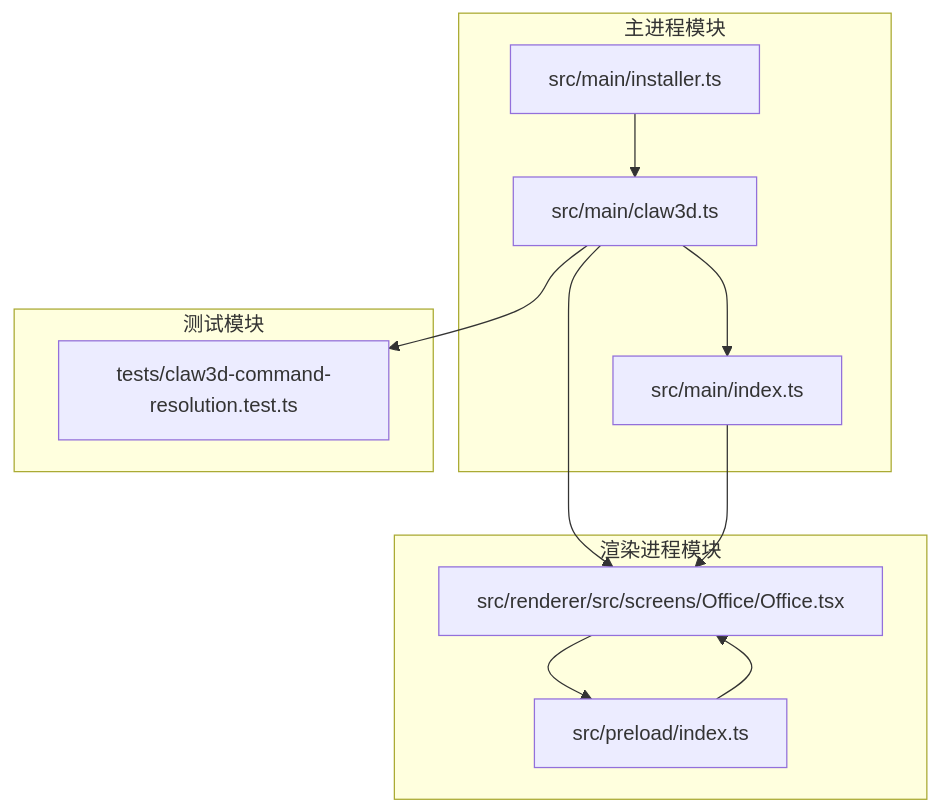
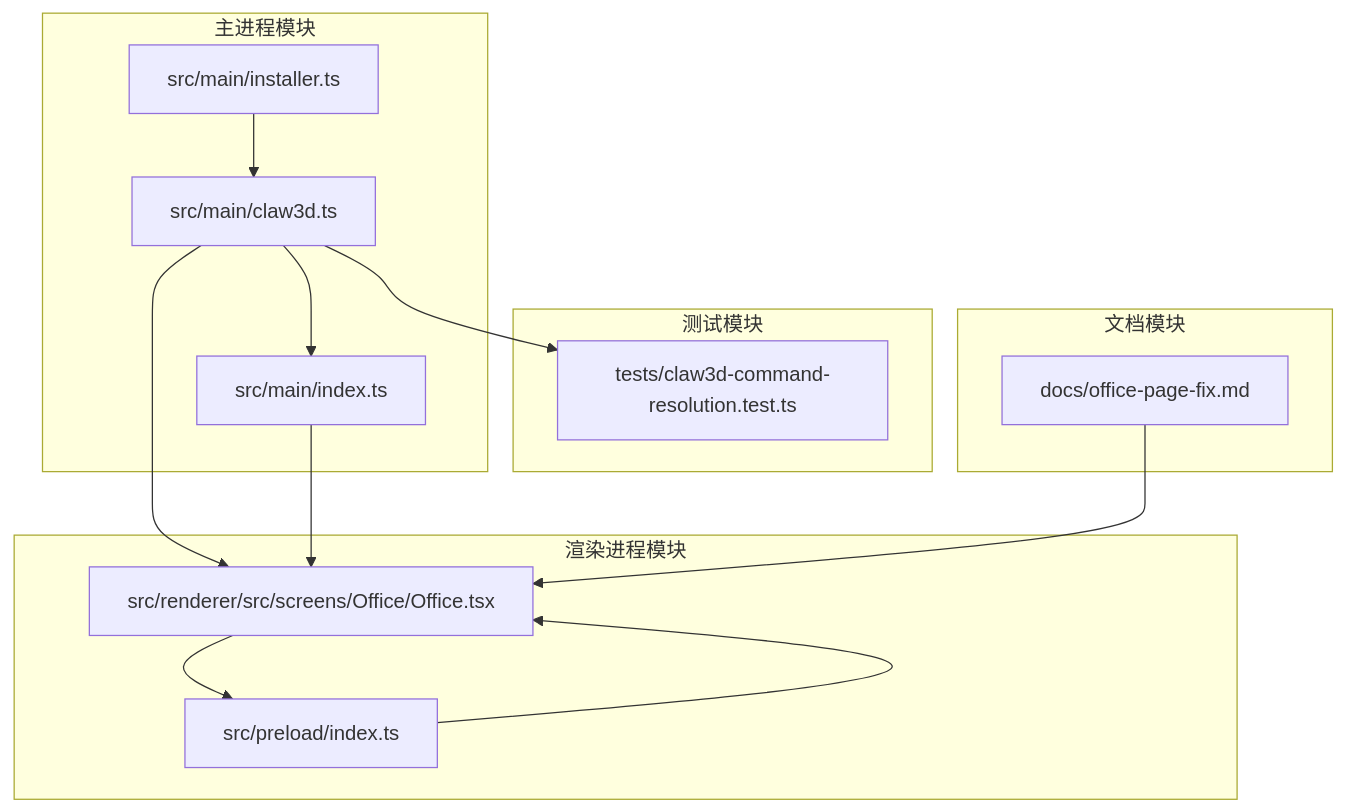
The first of 13 diagrams in .qoder/repowiki/zh/content/架构设计/数据流设计/Claw3D启动流.md (HDbright/hermes-desktop), drawn with Mermaid before and after one commit. The commit also changed other lines of this file and 15 other files, not shown here.

````diff
--- a/.qoder/repowiki/zh/content/架构设计/数据流设计/Claw3D启动流.md
+++ b/.qoder/repowiki/zh/content/架构设计/数据流设计/Claw3D启动流.md
@@ -34,17 +45,21 @@
 ```mermaid
 graph TB
 subgraph "主进程模块"
 A[src/main/claw3d.ts] --> B[src/main/index.ts]
 C[src/main/installer.ts] --> A
 end
 subgraph "渲染进程模块"
 D[src/renderer/src/screens/Office/Office.tsx] --> E[src/preload/index.ts]
 end
 subgraph "测试模块"
 F[tests/claw3d-command-resolution.test.ts]
 end
+subgraph "文档模块"
+G[docs/office-page-fix.md]
+end
 A --> D
 B --> D
 E --> D
 A --> F
+G --> D
 ```
````
